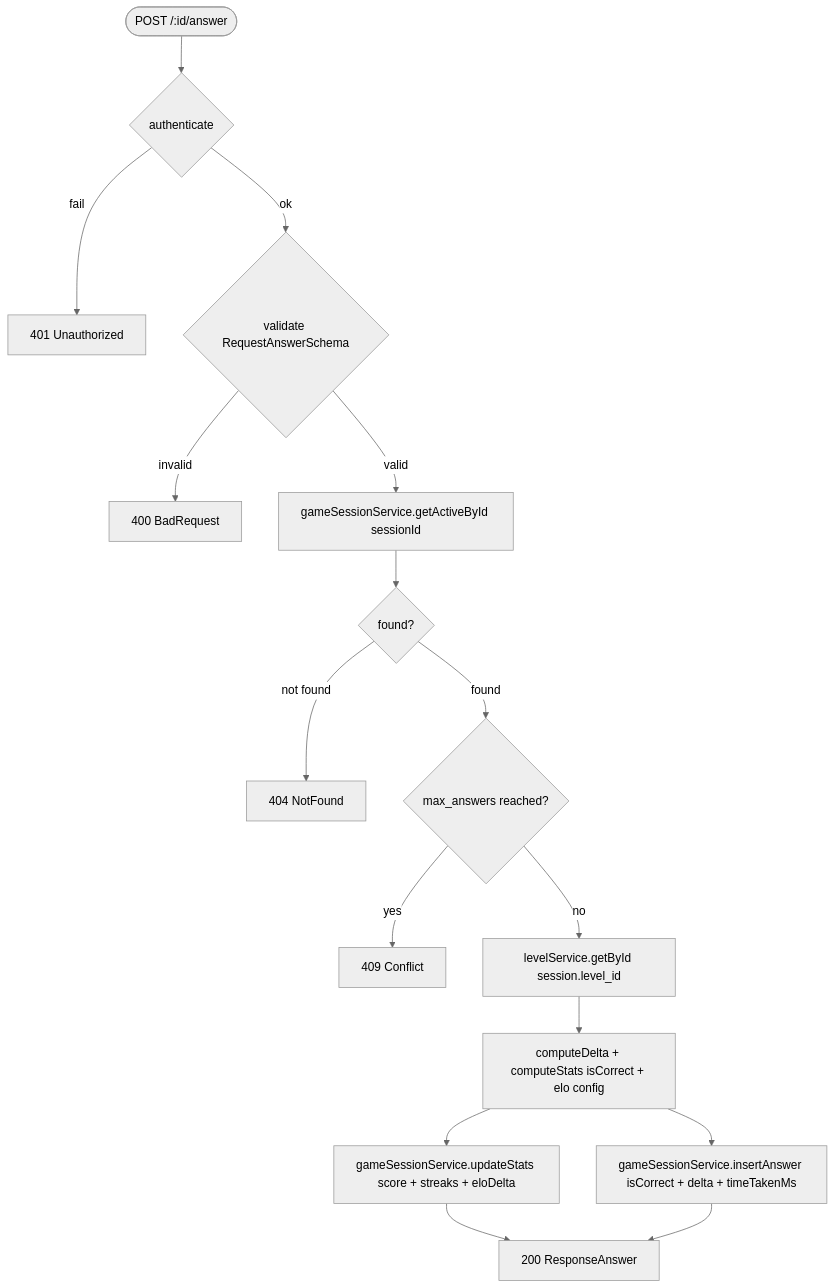
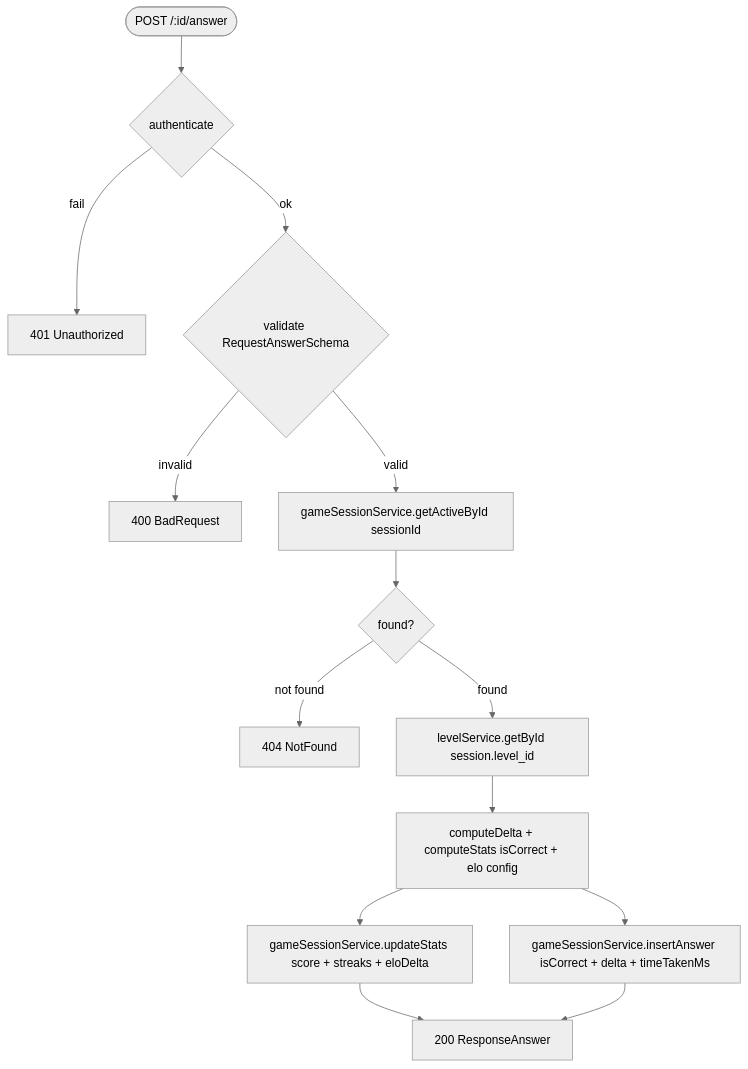
One commit to christphralden/magic-nugger-app changed the second of 5 diagrams in docs/diagrams/game/flowchart.md. Above: the diagram before and after it, drawn with Mermaid. The commit also changed other lines of this file and 6 other files, not shown here.

````diff
--- a/docs/diagrams/game/flowchart.md
+++ b/docs/diagrams/game/flowchart.md
@@ -40,19 +40,17 @@
 ```mermaid
 %%{init: {'theme': 'neutral'}}%%
 flowchart TD
     START([POST /:id/answer]) --> AUTH{authenticate}
     AUTH -->|fail| E401[401 Unauthorized]
     AUTH -->|ok| V{validate RequestAnswerSchema}
     V -->|invalid| E400[400 BadRequest]
     V -->|valid| GET_S[gameSessionService.getActiveById sessionId]
     GET_S --> CHECK{found?}
     CHECK -->|not found| E404[404 NotFound]
-    CHECK -->|found| MAX{max_answers reached?}
-    MAX -->|yes| E409[409 Conflict]
-    MAX -->|no| GET_L[levelService.getById session.level_id]
+    CHECK -->|found| GET_L[levelService.getById session.level_id]
     GET_L --> CALC[computeDelta + computeStats isCorrect + elo config]
     CALC --> STATS[gameSessionService.updateStats score + streaks + eloDelta]
     CALC --> INS[gameSessionService.insertAnswer isCorrect + delta + timeTakenMs]
     STATS --> R200[200 ResponseAnswer]
     INS --> R200
 ```
````
